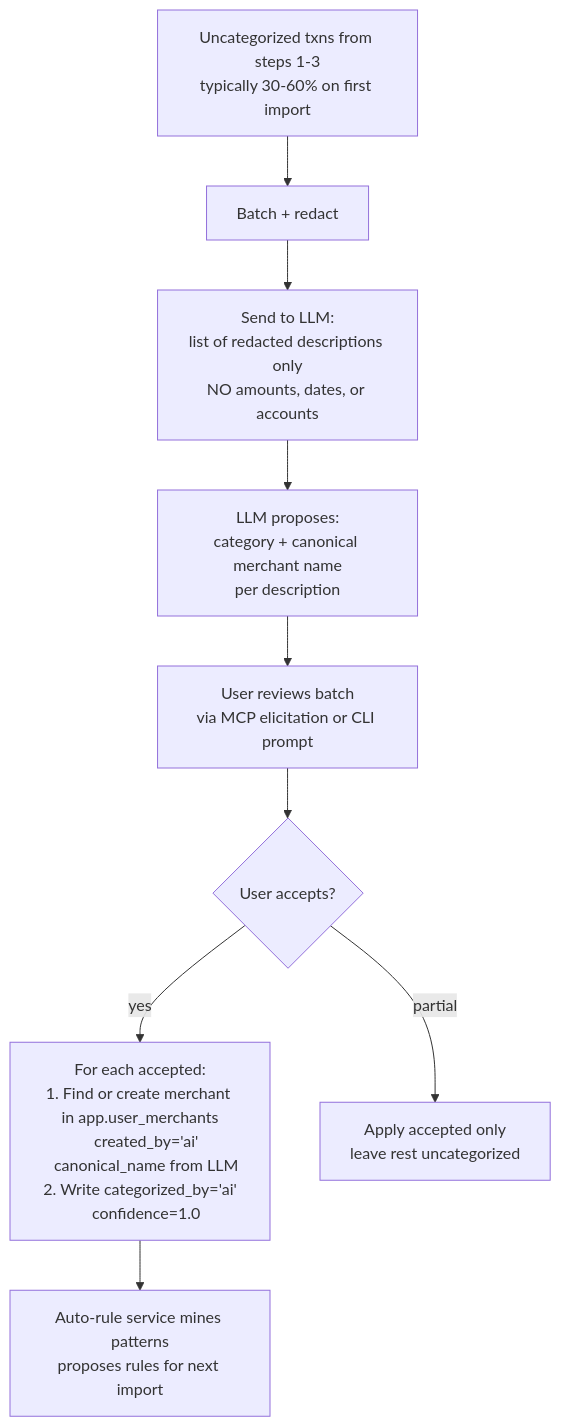
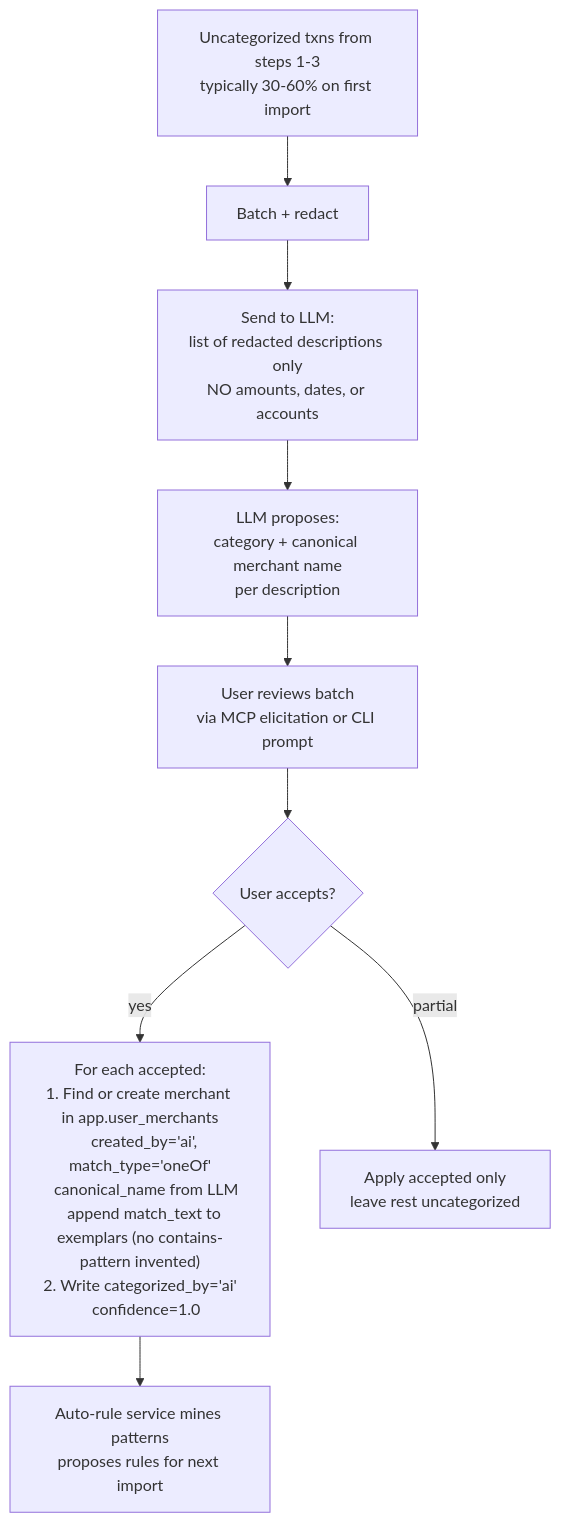
One commit to bsaffel/moneybin changed the sixth of 9 diagrams in docs/specs/categorization-cold-start.md. Above: the diagram before and after it, drawn with Mermaid. The commit also changed other lines of this file and 36 other files, not shown here.

````diff
--- a/docs/specs/categorization-cold-start.md
+++ b/docs/specs/categorization-cold-start.md
@@ -130,11 +135,11 @@
 ```mermaid
 flowchart TD
     A["Uncategorized txns from steps 1-3<br/>typically 30-60% on first import"] --> B[Batch + redact]
     B --> C["Send to LLM:<br/>list of redacted descriptions only<br/>NO amounts, dates, or accounts"]
     C --> D[LLM proposes:<br/>category + canonical merchant name<br/>per description]
     D --> E[User reviews batch<br/>via MCP elicitation or CLI prompt]
     E --> F{User accepts?}
-    F -->|yes| G["For each accepted:<br/>1. Find or create merchant in app.user_merchants<br/>   created_by='ai'<br/>   canonical_name from LLM<br/>2. Write categorized_by='ai'<br/>   confidence=1.0"]
+    F -->|yes| G["For each accepted:<br/>1. Find or create merchant in app.user_merchants<br/>   created_by='ai', match_type='oneOf'<br/>   canonical_name from LLM<br/>   append match_text to exemplars (no contains-pattern invented)<br/>2. Write categorized_by='ai'<br/>   confidence=1.0"]
     F -->|partial| H[Apply accepted only<br/>leave rest uncategorized]
     G --> I[Auto-rule service mines patterns<br/>proposes rules for next import]
 ```
````
